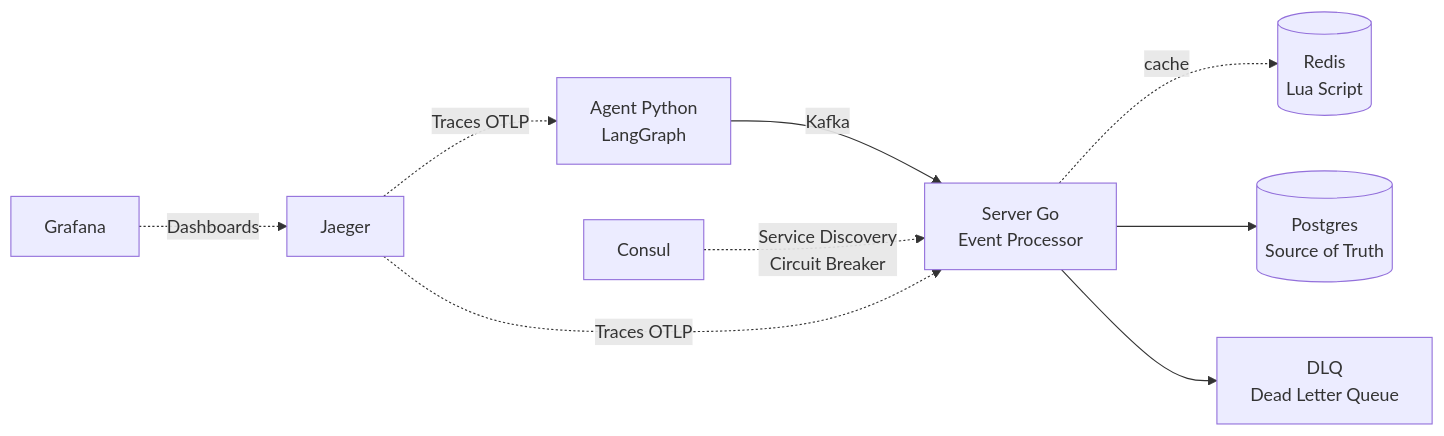
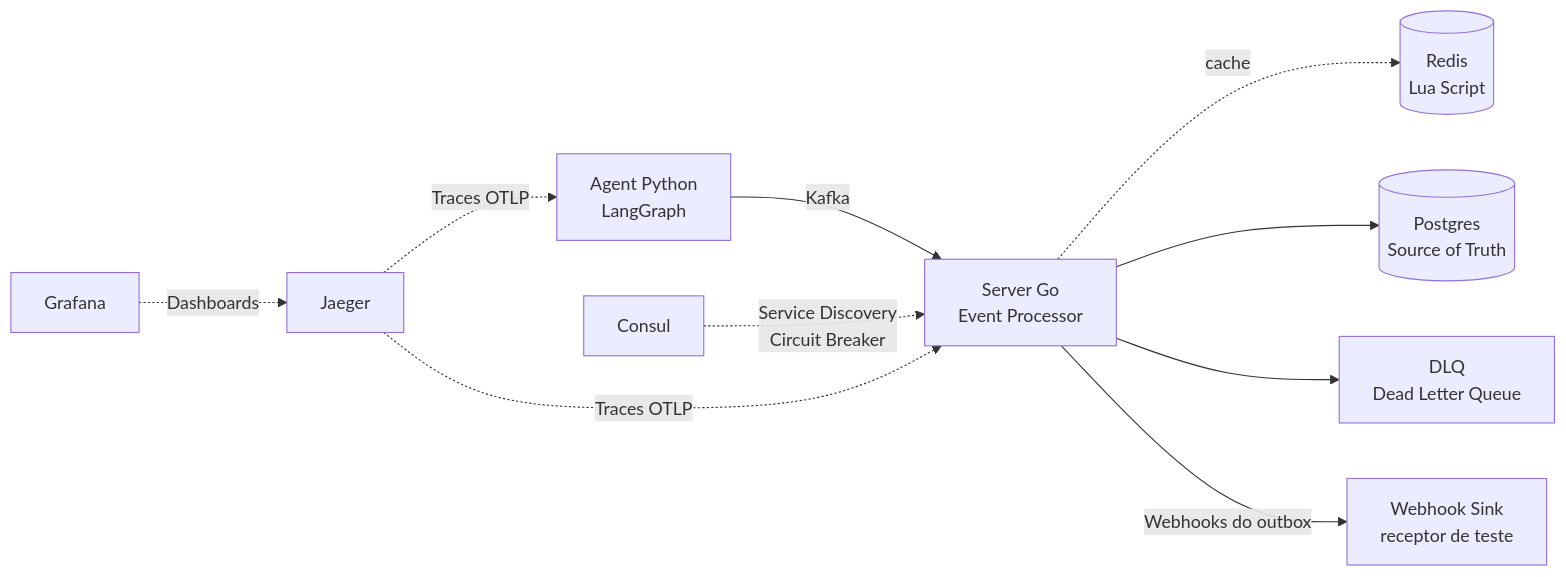
Before and after one commit to deboracastrodev/distribuid-system-simulator: the first of 2 diagrams in README.md, drawn with Mermaid. The commit also changed other lines of this file and 15 other files, not shown here.

````diff
--- a/README.md
+++ b/README.md
@@ -9,10 +9,11 @@
 ```mermaid
 graph LR
     A[Agent Python<br/>LangGraph] -->|Kafka| B[Server Go<br/>Event Processor]
     B -.->|cache| C[(Redis<br/>Lua Script)]
     B --> D[(Postgres<br/>Source of Truth)]
     B --> E[DLQ<br/>Dead Letter Queue]
+    B -->|Webhooks do outbox| W[Webhook Sink<br/>receptor de teste]
     F[Consul] -.->|Service Discovery<br/>Circuit Breaker| B
     G[Jaeger] -.->|Traces OTLP| A & B
     H[Grafana] -.->|Dashboards| G
 ```
````
